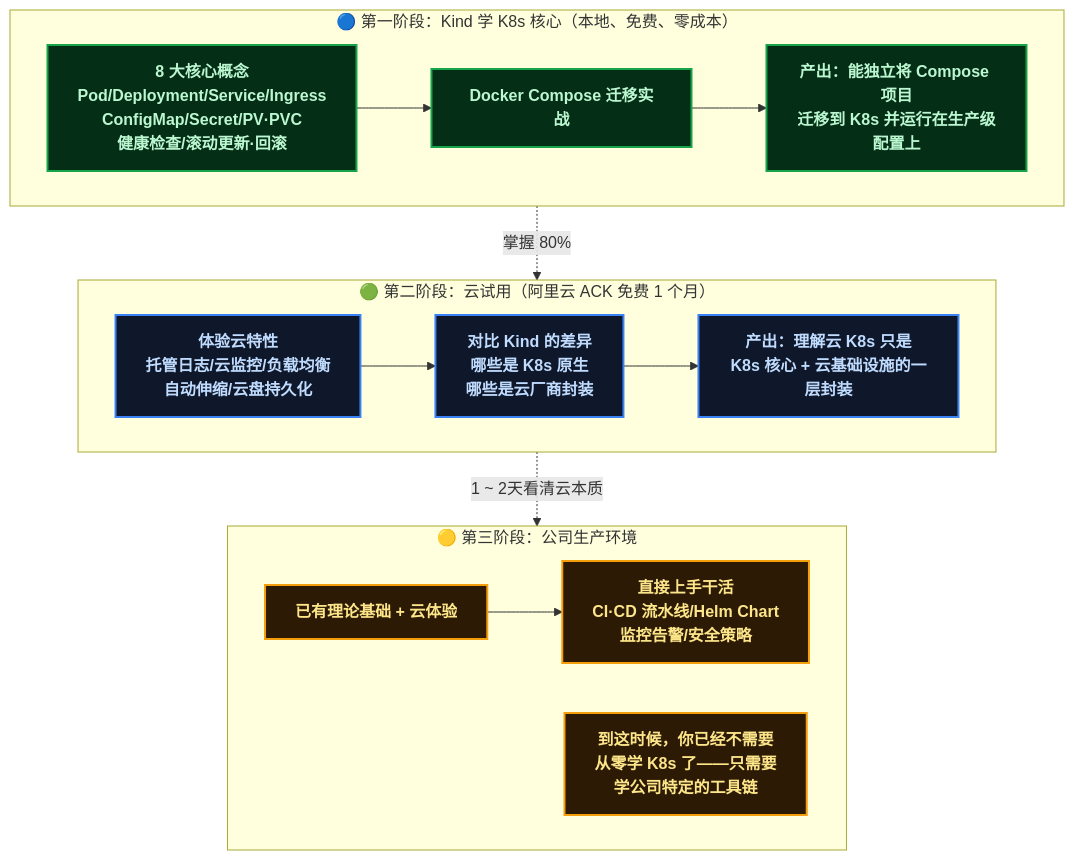
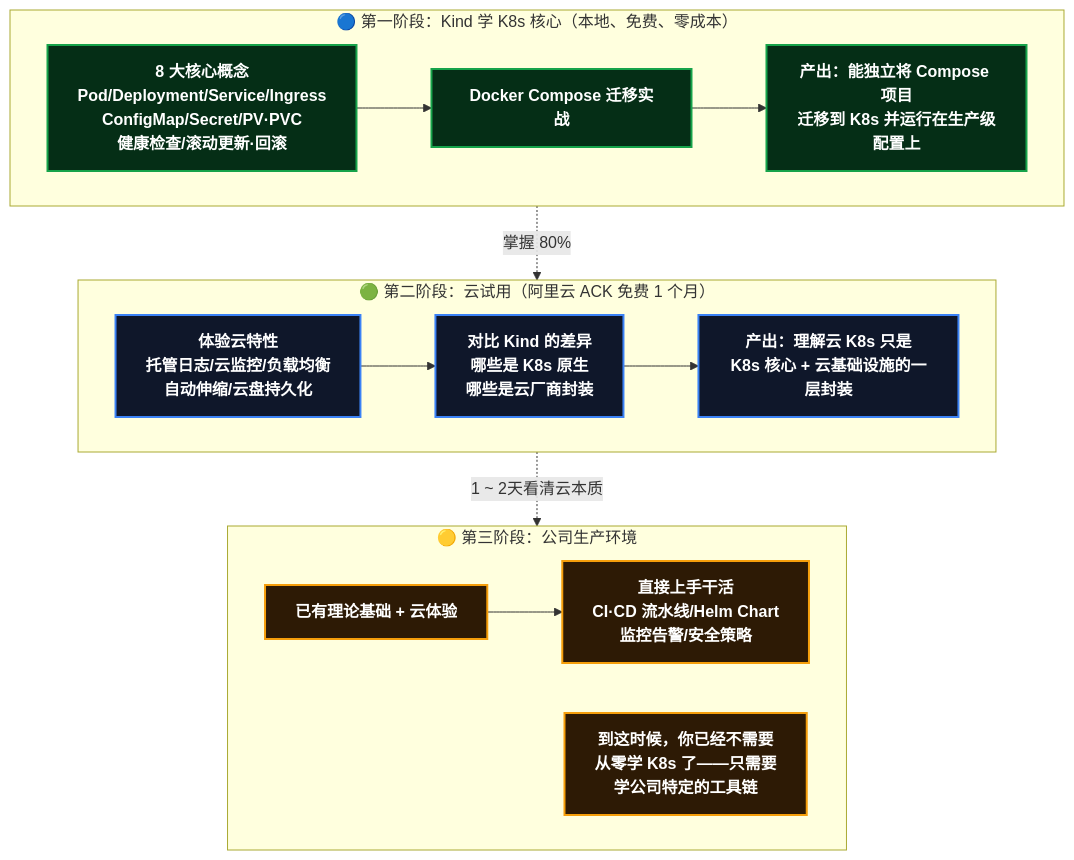
The tenth of 12 diagrams in content/posts/kubernetes/KindWslMigration.md (yaocat55/yaocat55.github.io), drawn with Mermaid before and after one commit. The commit also changed other lines of this file and 27 other files, not shown here.

Commit message:
docs: 全系列 93 张 Mermaid 图 classDef 改为 style 强制深底白字(修复部分渲染器白底浅字)+历史文件格式清理

````diff
--- a/content/posts/kubernetes/KindWslMigration.md
+++ b/content/posts/kubernetes/KindWslMigration.md
@@ -1272,32 +1287,33 @@
 ```mermaid
 flowchart TD
     %% ==========================================
     %% 样式定义
     %% ==========================================
-classDef phase1 fill:#052e16,stroke:#16a34a,stroke-width:2px,color:#bbf7d0,font-weight:bold;
-classDef phase2 fill:#0f172a,stroke:#3b82f6,stroke-width:2px,color:#bfdbfe,font-weight:bold;
-classDef phase3 fill:#2d1a05,stroke:#f59e0b,stroke-width:2px,color:#fde68a,font-weight:bold;
-classDef detail fill:#1e1e24,stroke:#6b7280,stroke-width:1px,color:#e5e7eb;
 
     subgraph P1 ["🔵 第一阶段：Kind 学 K8s 核心（本地、免费、零成本）"]
         P1A["8 大核心概念\nPod/Deployment/Service/Ingress\nConfigMap/Secret/PV·PVC\n健康检查/滚动更新·回滚"] --> P1B["Docker Compose 迁移实战"]
         P1B --> P1C["产出：能独立将 Compose 项目\n迁移到 K8s 并运行在生产级配置上"]
     end
 
     subgraph P2 ["🟢 第二阶段：云试用（阿里云 ACK 免费 1 个月）"]
         P2A["体验云特性\n托管日志/云监控/负载均衡\n自动伸缩/云盘持久化"] --> P2B["对比 Kind 的差异\n哪些是 K8s 原生\n哪些是云厂商封装"]
         P2B --> P2C["产出：理解云 K8s 只是\nK8s 核心 + 云基础设施的一层封装"]
     end
 
     subgraph P3 ["🟡 第三阶段：公司生产环境"]
         P3A["已有理论基础 + 云体验"] --> P3B["直接上手干活\nCI·CD 流水线/Helm Chart\n监控告警/安全策略"]
         P3C["到这时候，你已经不需要\n从零学 K8s 了——只需要\n学公司特定的工具链"]
     end
 
     P1 -.->|掌握 80%| P2
     P2 -.->|1 ~ 2天看清云本质| P3
-
-    class P1A,P1B,P1C phase1;
-    class P2A,P2B,P2C phase2;
-    class P3A,P3B,P3C phase3;
+    style P1A fill:#052e16,stroke:#16a34a,stroke-width:2px,color:#ffffff,font-weight:bold
+    style P1B fill:#052e16,stroke:#16a34a,stroke-width:2px,color:#ffffff,font-weight:bold
+    style P1C fill:#052e16,stroke:#16a34a,stroke-width:2px,color:#ffffff,font-weight:bold
+    style P2A fill:#0f172a,stroke:#3b82f6,stroke-width:2px,color:#ffffff,font-weight:bold
+    style P2B fill:#0f172a,stroke:#3b82f6,stroke-width:2px,color:#ffffff,font-weight:bold
+    style P2C fill:#0f172a,stroke:#3b82f6,stroke-width:2px,color:#ffffff,font-weight:bold
+    style P3A fill:#2d1a05,stroke:#f59e0b,stroke-width:2px,color:#ffffff,font-weight:bold
+    style P3B fill:#2d1a05,stroke:#f59e0b,stroke-width:2px,color:#ffffff,font-weight:bold
+    style P3C fill:#2d1a05,stroke:#f59e0b,stroke-width:2px,color:#ffffff,font-weight:bold
 ```
````
